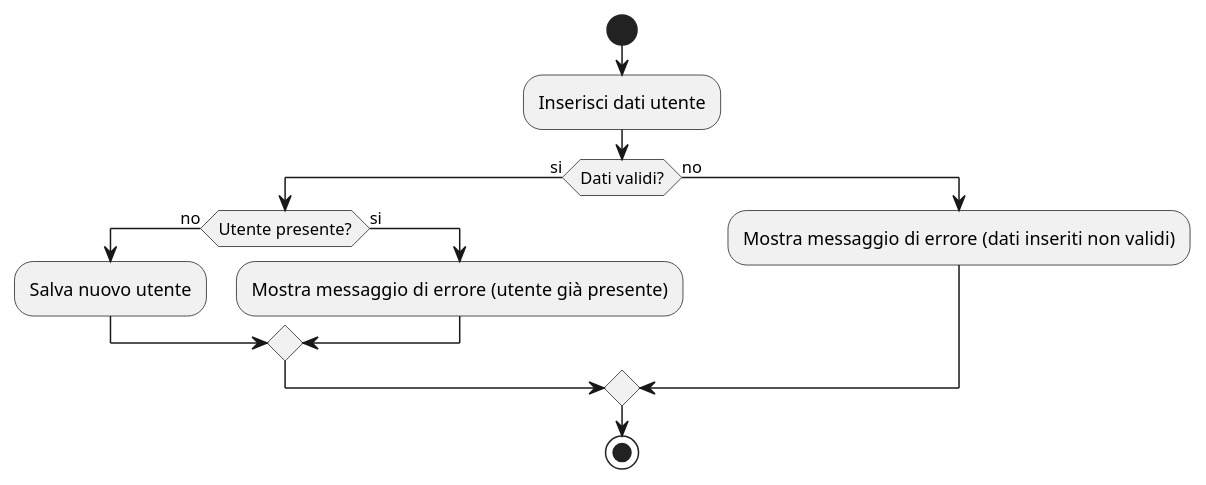
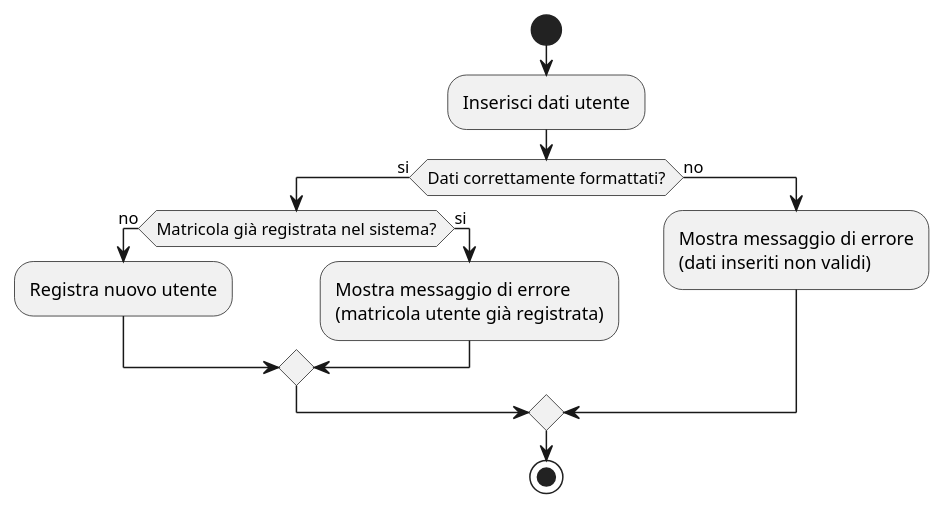
Before and after one commit to Meziu/easylibrary: the diagram in docs/uml/DiagrammiAttività/DiagrammaAttivitàUtente.puml, drawn with PlantUML. The commit also changed 5 other files, not shown here.

Commit message:
Migliorie diagrammi di attività

```diff
--- a/docs/uml/DiagrammiAttività/DiagrammaAttivitàUtente.puml
+++ b/docs/uml/DiagrammiAttività/DiagrammaAttivitàUtente.puml
@@ -1,17 +1,17 @@
 @startuml
 start
+:Inserisci dati utente;
 
-
-    :Inserisci dati utente;
-
-    if (Dati validi?) then (si)
-      if (Utente presente?) then (no)
-        :Salva nuovo utente;
-      else (si)
-           :Mostra messaggio di errore (utente già presente);
-      endif
-    else (no)
-         :Mostra messaggio di errore (dati inseriti non validi);
+if (Dati correttamente formattati?) then (si)
+    if (Matricola già registrata nel sistema?) then (no)
+    :Registra nuovo utente;
+    else (si)
+        :Mostra messaggio di errore
+        (matricola utente già registrata);
     endif
+else (no)
+        :Mostra messaggio di errore
+        (dati inseriti non validi);
+endif
 stop
 @enduml
```
